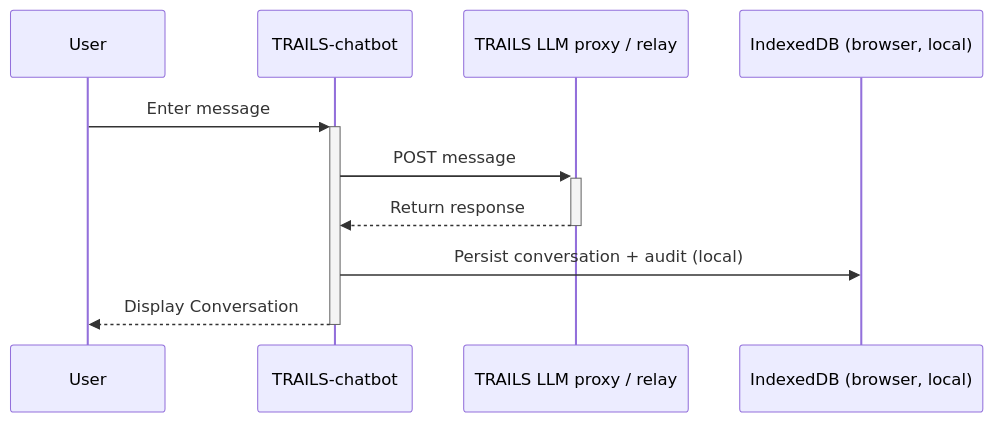
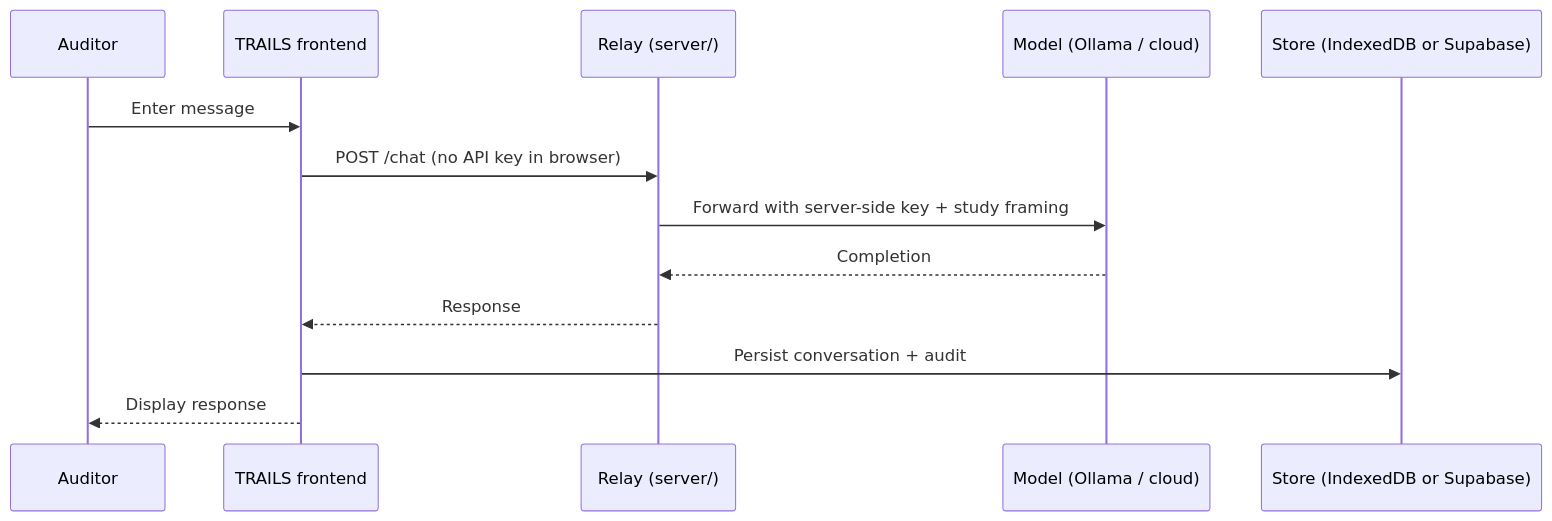
Before and after one commit to gwusec/GenAI-Auditing: the diagram in README.md, drawn with Mermaid. The commit also changed other lines of this file and 10 other files, not shown here.

````diff
--- a/README.md
+++ b/README.md
@@ -68,13 +73,16 @@
 ```mermaid
-    sequenceDiagram
-        participant User as User
-        participant chatbot as TRAILS-chatbot
-        participant proxy as TRAILS LLM proxy / relay
-        participant store as IndexedDB (browser, local)
+sequenceDiagram
+    participant User as Auditor
+    participant app as TRAILS frontend
+    participant relay as Relay (server/)
+    participant model as Model (Ollama / cloud)
+    participant store as Store (IndexedDB or Supabase)
 
-        User->>+chatbot: Enter message
-        chatbot->>+proxy: POST message
-        proxy-->>-chatbot: Return response
-        chatbot->>store: Persist conversation + audit (local)
-        chatbot-->>-User: Display Conversation
+    User->>app: Enter message
+    app->>relay: POST /chat (no API key in browser)
+    relay->>model: Forward with server-side key + study framing
+    model-->>relay: Completion
+    relay-->>app: Response
+    app->>store: Persist conversation + audit
+    app-->>User: Display response
 ```
````
